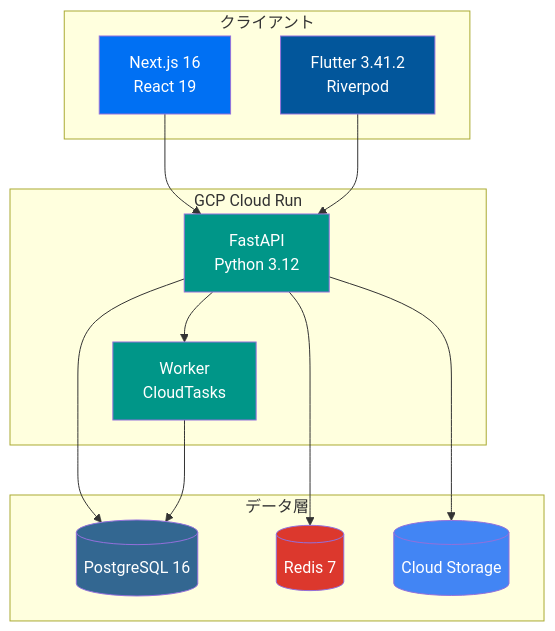
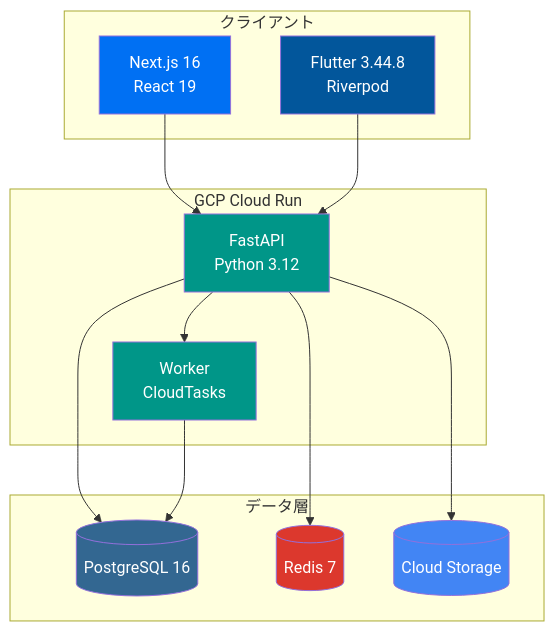
One commit to first-fluke/fullstack-starter changed the first of 2 diagrams in docs/README.jp.md. Above: the diagram before and after it, drawn with Mermaid. The commit also changed other lines of this file and 11 other files, not shown here.

````diff
--- a/docs/README.jp.md
+++ b/docs/README.jp.md
@@ -16,34 +16,34 @@
 ```mermaid
 graph TB
     subgraph Client["クライアント"]
         Web[Next.js 16<br/>React 19]
-        Mobile[Flutter 3.41.2<br/>Riverpod]
+        Mobile[Flutter 3.44.8<br/>Riverpod]
     end
 
     subgraph GCP["GCP Cloud Run"]
         API[FastAPI<br/>Python 3.12]
         Worker[Worker<br/>CloudTasks]
     end
 
     subgraph Data["データ層"]
         DB[(PostgreSQL 16)]
         Cache[(Redis 7)]
         Storage[(Cloud Storage)]
     end
 
     Web --> API
     Mobile --> API
     API --> DB
     API --> Cache
     API --> Worker
     Worker --> DB
     API --> Storage
 
     style Web fill:#0070f3,color:#fff
     style Mobile fill:#02569B,color:#fff
     style API fill:#009688,color:#fff
     style Worker fill:#009688,color:#fff
     style DB fill:#336791,color:#fff
     style Cache fill:#DC382D,color:#fff
     style Storage fill:#4285F4,color:#fff
 ```
````
